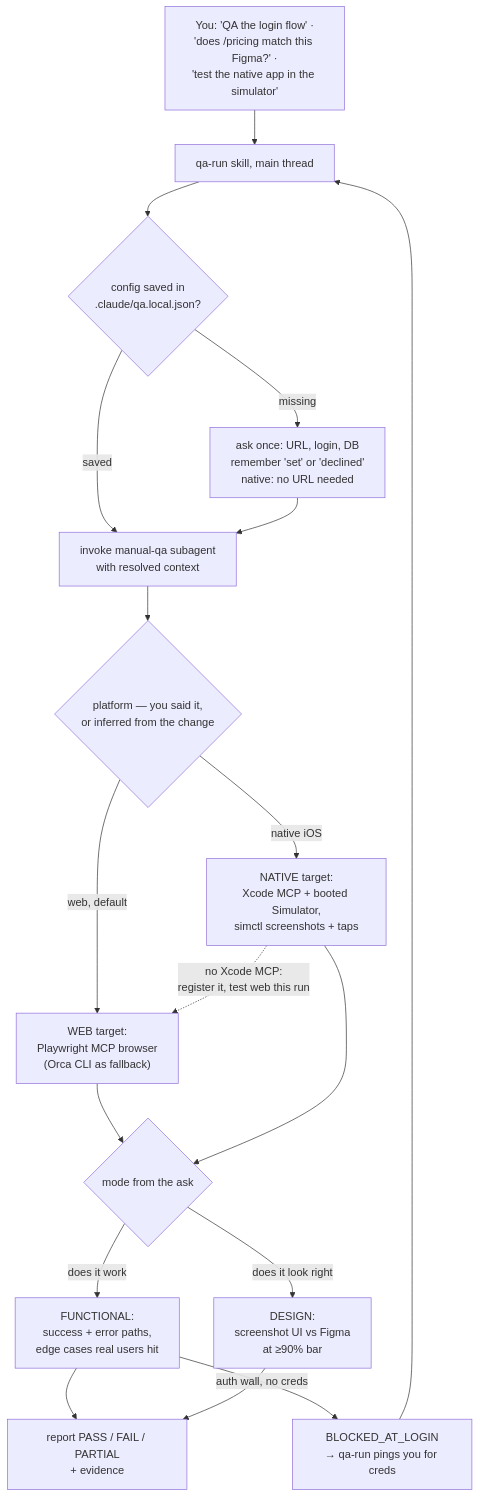
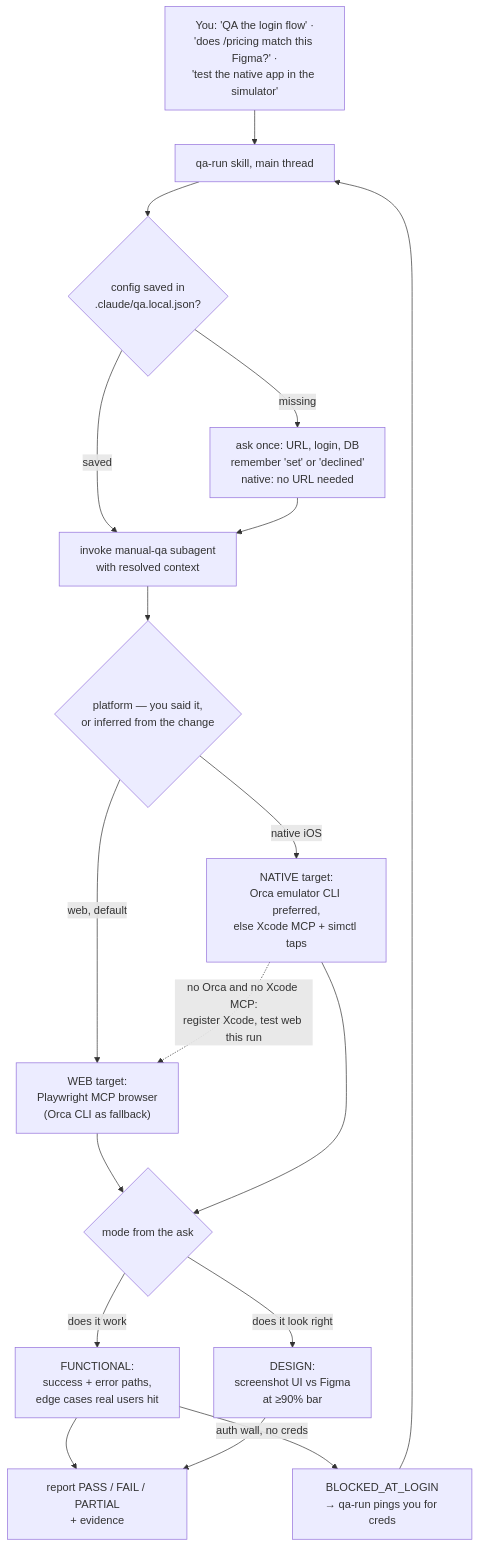
The diagram in qa/README.md (unisol1020/ai-tools), drawn with Mermaid before and after one commit. The commit also changed other lines of this file and 3 other files, not shown here.

First line of the commit message:
feat(qa): prefer Orca emulator for native iOS Simulator QA

````diff
--- a/qa/README.md
+++ b/qa/README.md
@@ -21,20 +21,20 @@
 ```mermaid
 flowchart TD
     A["You: 'QA the login flow' ·<br/>'does /pricing match this Figma?' ·<br/>'test the native app in the simulator'"] --> B[qa-run skill, main thread]
     B --> C{config saved in<br/>.claude/qa.local.json?}
     C -->|missing| D[ask once: URL, login, DB<br/>remember 'set' or 'declined'<br/>native: no URL needed]
     C -->|saved| E
     D --> E[invoke manual-qa subagent<br/>with resolved context]
     E --> P{platform — you said it,<br/>or inferred from the change}
     P -->|web, default| W["WEB target:<br/>Playwright MCP browser<br/>(Orca CLI as fallback)"]
-    P -->|native iOS| N["NATIVE target:<br/>Xcode MCP + booted Simulator,<br/>simctl screenshots + taps"]
+    P -->|native iOS| N["NATIVE target:<br/>Orca emulator CLI preferred,<br/>else Xcode MCP + simctl taps"]
     W --> F{mode from the ask}
     N --> F
-    N -.->|no Xcode MCP:<br/>register it, test web this run| W
+    N -.->|no Orca and no Xcode MCP:<br/>register Xcode, test web this run| W
     F -->|does it work| G[FUNCTIONAL:<br/>success + error paths,<br/>edge cases real users hit]
     F -->|does it look right| H[DESIGN:<br/>screenshot UI vs Figma<br/>at ≥90% bar]
     G --> V[report PASS / FAIL / PARTIAL<br/>+ evidence]
     H --> V
     G -->|auth wall, no creds| L["BLOCKED_AT_LOGIN<br/>→ qa-run pings you for creds"]
     L --> B
 ```
````
